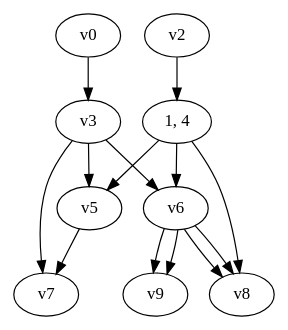
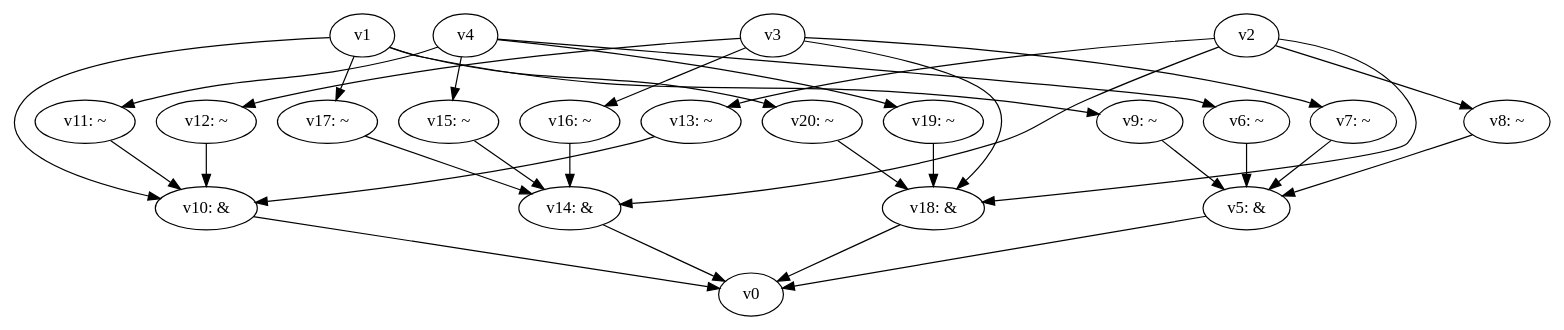
The diagram in tmp.dot (yadej/graph_project), drawn with Graphviz before and after one commit. The commit also changed 5 other files, not shown here.

```diff
--- a/tmp.dot
+++ b/tmp.dot
@@ -1,15 +1,34 @@
 digraph G { 
-v1 [label="1, 4"]; 
-v0 -> v3;
-v1 -> v5 -> v7;
-v1 -> v8;
-v1 -> v6;
-v2 -> v1;
-v3 -> v5;
-v3 -> v6;
-v3 -> v7;
-v6 -> v8;
-v6 -> v8;
-v6 -> v9;
-v6 -> v9;
+v5 [label="v5: &"]; 
+v6 [label="v6: ~"]; 
+v7 [label="v7: ~"]; 
+v8 [label="v8: ~"]; 
+v9 [label="v9: ~"]; 
+v10 [label="v10: &"]; 
+v11 [label="v11: ~"]; 
+v12 [label="v12: ~"]; 
+v13 [label="v13: ~"]; 
+v14 [label="v14: &"]; 
+v15 [label="v15: ~"]; 
+v16 [label="v16: ~"]; 
+v17 [label="v17: ~"]; 
+v18 [label="v18: &"]; 
+v19 [label="v19: ~"]; 
+v20 [label="v20: ~"]; 
+v1 -> v9 -> v5 -> v0;
+v1 -> v10 -> v0;
+v1 -> v17 -> v14 -> v0;
+v1 -> v20 -> v18 -> v0;
+v2 -> v8 -> v5;
+v2 -> v13 -> v10;
+v2 -> v14;
+v2 -> v18;
+v3 -> v7 -> v5;
+v3 -> v12 -> v10;
+v3 -> v16 -> v14;
+v3 -> v18;
+v4 -> v6 -> v5;
+v4 -> v11 -> v10;
+v4 -> v15 -> v14;
+v4 -> v19 -> v18;
 }
```
